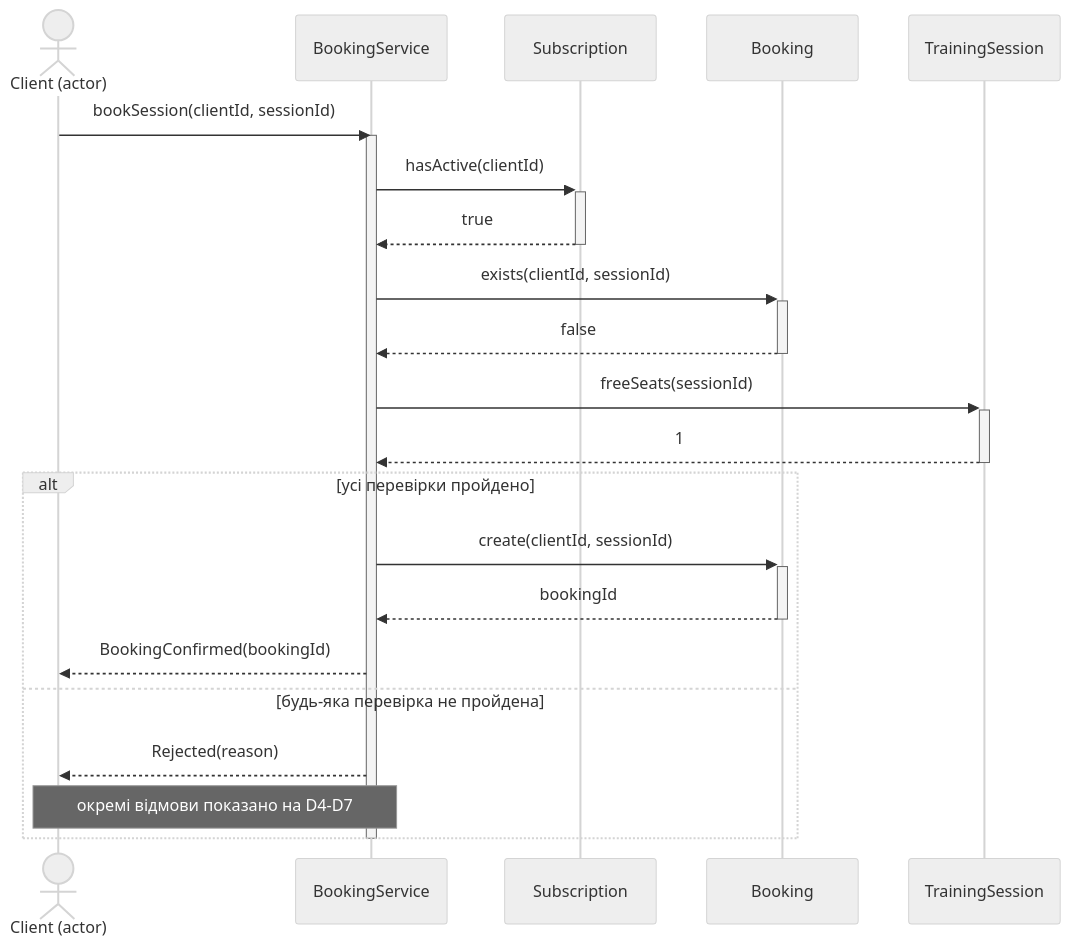
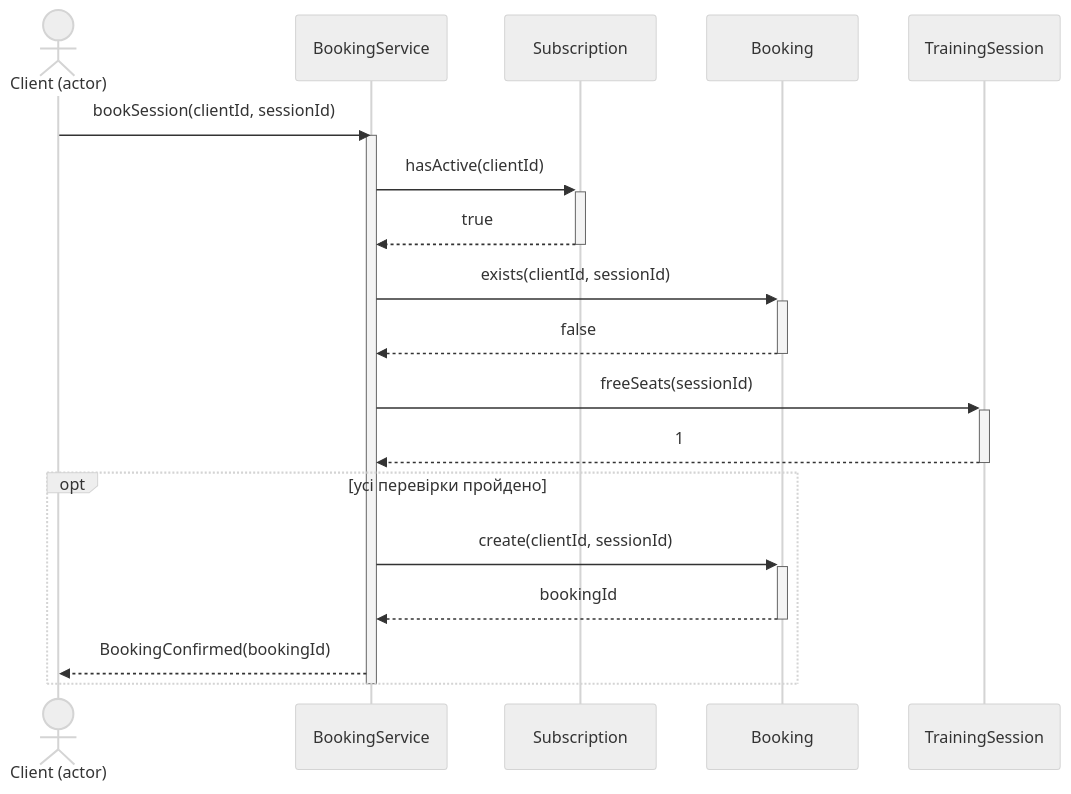
Before and after one commit to vanyadzygman/sec-kpi: the diagram in lab3/diagrams/d1.mmd, drawn with Mermaid (neutral theme). The commit also changed 13 other files, not shown here.

Commit message:
diagrams: regenerate D1-D7

```diff
--- a/lab3/diagrams/d1.mmd
+++ b/lab3/diagrams/d1.mmd
@@ -1,24 +1,21 @@
 sequenceDiagram
     actor C as Client (actor)
     participant BS as BookingService
     participant Sub as Subscription
     participant B as Booking
     participant TS as TrainingSession
 
     C->>BS: bookSession(clientId, sessionId)
     activate BS
     BS->>+Sub: hasActive(clientId)
     Sub-->>-BS: true
     BS->>+B: exists(clientId, sessionId)
     B-->>-BS: false
     BS->>+TS: freeSeats(sessionId)
     TS-->>-BS: 1
-    alt усі перевірки пройдено
+    opt усі перевірки пройдено
         BS->>+B: create(clientId, sessionId)
         B-->>-BS: bookingId
         BS-->>C: BookingConfirmed(bookingId)
-    else будь-яка перевірка не пройдена
-        BS-->>C: Rejected(reason)
-        Note over BS,C: окремі відмови показано на D4-D7
     end
     deactivate BS
```
